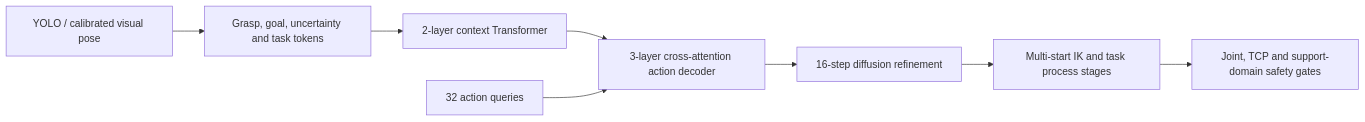
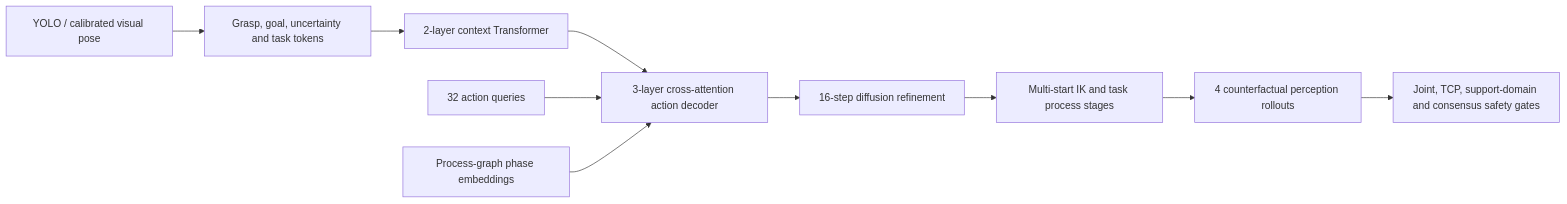
Before and after one commit to 1830051801-ux/embodied-arm-learning: the diagram in README.md, drawn with Mermaid. The commit also changed other lines of this file and 7 other files, not shown here.

Commit message:
Add process graph and counterfactual safety consensus

````diff
--- a/README.md
+++ b/README.md
@@ -40,10 +42,12 @@
 ```mermaid
 flowchart LR
     V["YOLO / calibrated visual pose"] --> C["Grasp, goal, uncertainty and task tokens"]
     C --> E["2-layer context Transformer"]
     E --> A["3-layer cross-attention action decoder"]
     Q["32 action queries"] --> A
+    G["Process-graph phase embeddings"] --> A
     A --> D["16-step diffusion refinement"]
     D --> P["Multi-start IK and task process stages"]
-    P --> S["Joint, TCP and support-domain safety gates"]
+    P --> R["4 counterfactual perception rollouts"]
+    R --> S["Joint, TCP, support-domain and consensus safety gates"]
 ```
````
